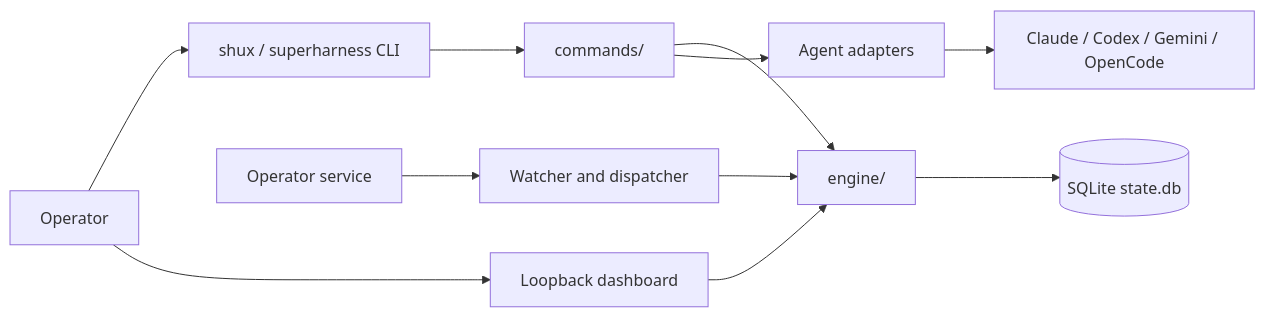
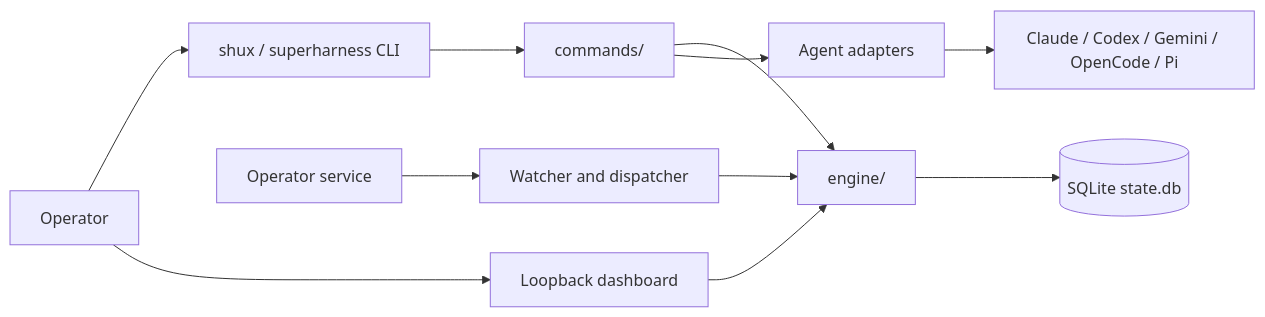
One commit to artificemachine/superharness changed the diagram in docs/ARCHITECTURE.md. Above: the diagram before and after it, drawn with Mermaid. The commit also changed other lines of this file and 4 other files, not shown here.

Commit message:
docs: align architecture and state-path documentation (#197)

````diff
--- a/docs/ARCHITECTURE.md
+++ b/docs/ARCHITECTURE.md
@@ -23,13 +23,13 @@
 ```mermaid
 flowchart LR
     User[Operator] --> CLI[shux / superharness CLI]
     CLI --> Commands[commands/]
     Commands --> Engine[engine/]
     Engine --> DB[(SQLite state.db)]
     Commands --> Adapters[Agent adapters]
-    Adapters --> Agents[Claude / Codex / Gemini / OpenCode]
+    Adapters --> Agents[Claude / Codex / Gemini / OpenCode / Pi]
     Operator[Operator service] --> Watcher[Watcher and dispatcher]
     Watcher --> Engine
     Dashboard[Loopback dashboard] --> Engine
     User --> Dashboard
 ```
````
